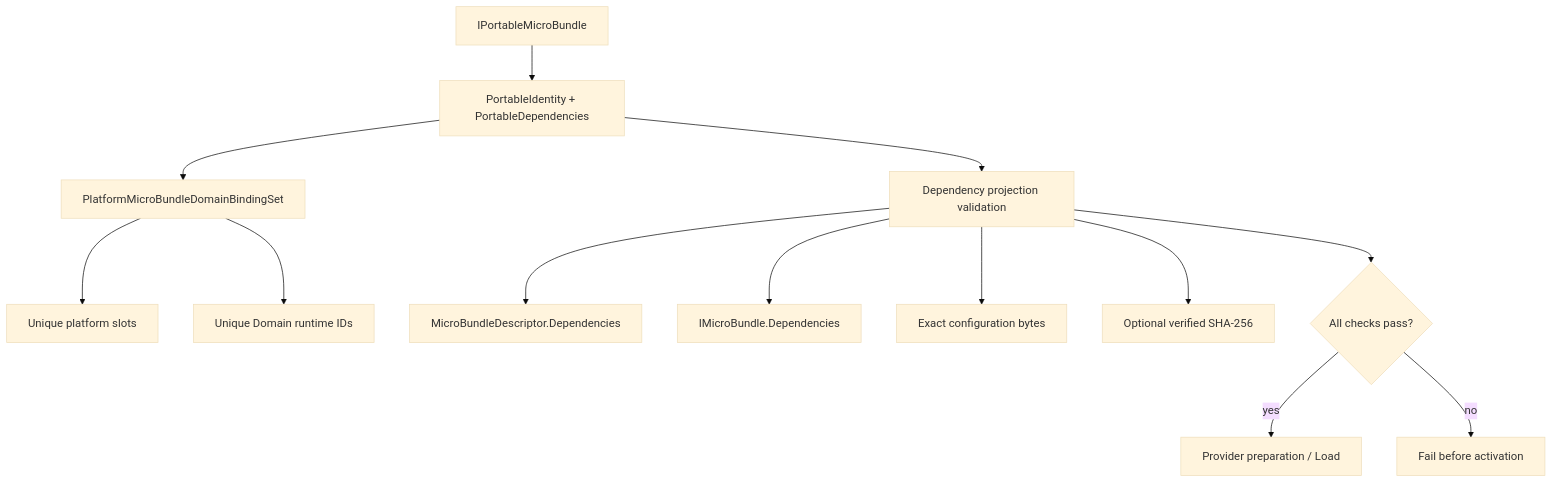
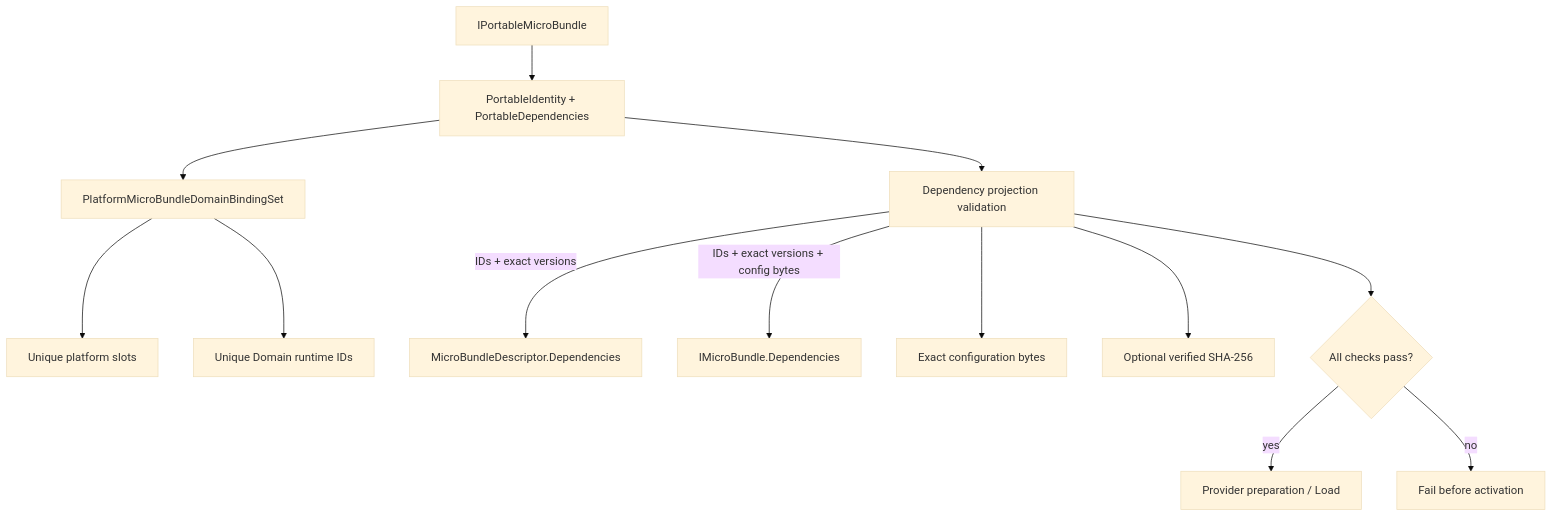
The diagram in docs/UML/tests/FSM_COS.Tests/PortableMicroBundleBindingTestsUML.md (TrentBest/TheSingularityWorkshop.FSM_COS), drawn with Mermaid (base theme) before and after one commit.

Commit message:
Clarify exact version and configuration parity in portable UML

````diff
--- a/docs/UML/tests/FSM_COS.Tests/PortableMicroBundleBindingTestsUML.md
+++ b/docs/UML/tests/FSM_COS.Tests/PortableMicroBundleBindingTestsUML.md
@@ -8,15 +8,15 @@
 ```mermaid
 flowchart TB
     Portable["IPortableMicroBundle"] --> Declared["PortableIdentity + PortableDependencies"]
     Declared --> Bindings["PlatformMicroBundleDomainBindingSet"]
     Bindings --> Slots["Unique platform slots"]
     Bindings --> IDs["Unique Domain runtime IDs"]
     Declared --> Projection["Dependency projection validation"]
-    Projection --> Descriptor["MicroBundleDescriptor.Dependencies"]
-    Projection --> Requests["IMicroBundle.Dependencies"]
+    Projection -->|"IDs + exact versions"| Descriptor["MicroBundleDescriptor.Dependencies"]
+    Projection -->|"IDs + exact versions + config bytes"| Requests["IMicroBundle.Dependencies"]
     Projection --> Config["Exact configuration bytes"]
     Projection --> Digest["Optional verified SHA-256"]
     Projection --> Gate{"All checks pass?"}
     Gate -->|"yes"| Activate["Provider preparation / Load"]
     Gate -->|"no"| Reject["Fail before activation"]
 ```
````
